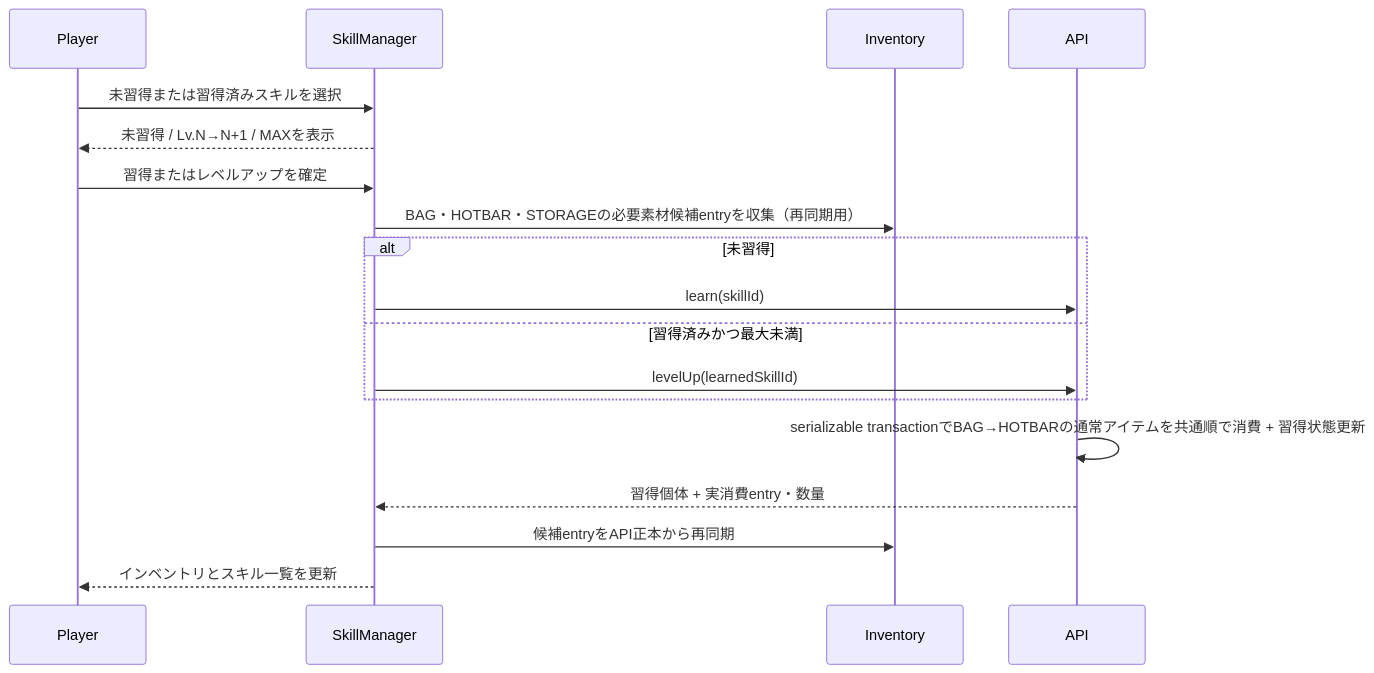
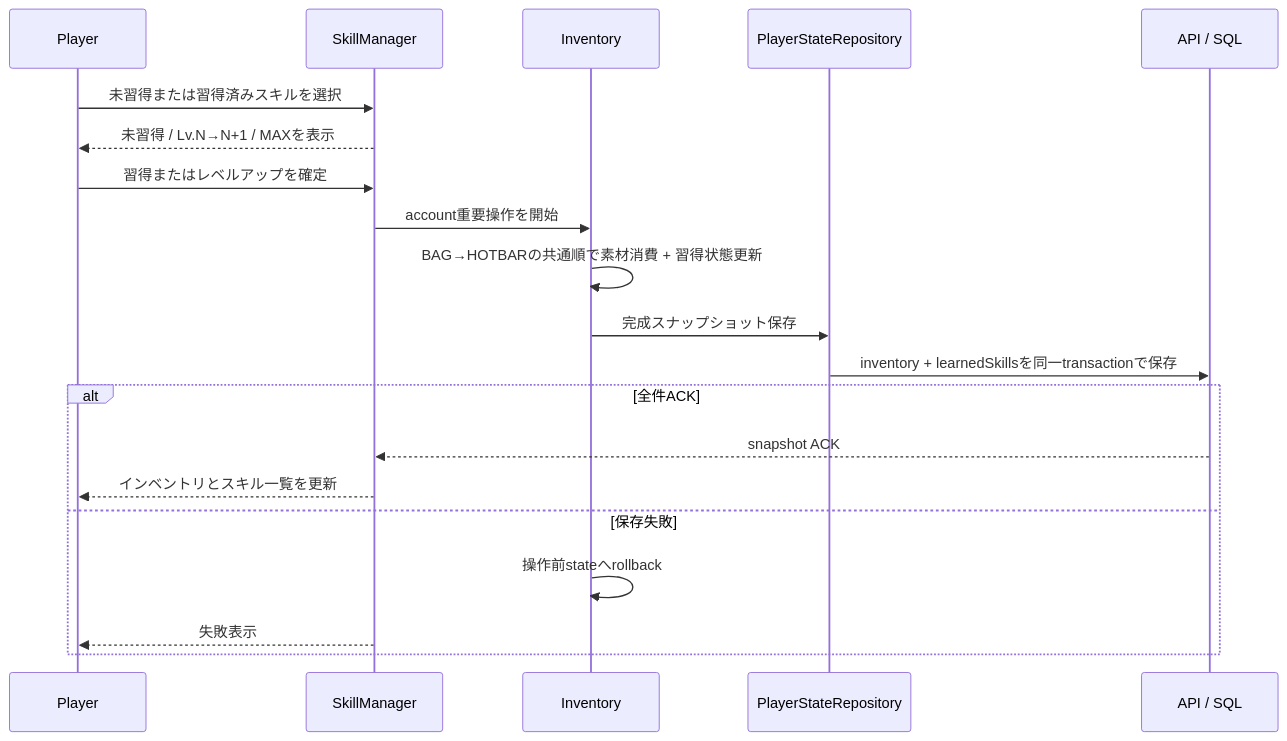
Before and after one commit to maaasu/AstralRecord-Workspace: the second of 3 diagrams in 00_docs/10_Plugin設計書/feature/13-skill/4-統合フロー/13_4-スキルバインドGUI.md, drawn with Mermaid. The commit also changed other lines of this file and 213 other files, not shown here.

````diff
--- a/00_docs/10_Plugin設計書/feature/13-skill/4-統合フロー/13_4-スキルバインドGUI.md
+++ b/00_docs/10_Plugin設計書/feature/13-skill/4-統合フロー/13_4-スキルバインドGUI.md
@@ -38,21 +38,23 @@
 ```mermaid
 sequenceDiagram
     participant Player
     participant SkillManager
     participant Inventory
-    participant API
+    participant Snapshot as PlayerStateRepository
+    participant SQL as API / SQL
 
     Player->>SkillManager: 未習得または習得済みスキルを選択
     SkillManager-->>Player: 未習得 / Lv.N→N+1 / MAXを表示
     Player->>SkillManager: 習得またはレベルアップを確定
-    SkillManager->>Inventory: BAG・HOTBAR・STORAGEの必要素材候補entryを収集（再同期用）
-    alt 未習得
-        SkillManager->>API: learn(skillId)
-    else 習得済みかつ最大未満
-        SkillManager->>API: levelUp(learnedSkillId)
+    SkillManager->>Inventory: account重要操作を開始
+    Inventory->>Inventory: BAG→HOTBARの共通順で素材消費 + 習得状態更新
+    Inventory->>Snapshot: 完成スナップショット保存
+    Snapshot->>SQL: inventory + learnedSkillsを同一transactionで保存
+    alt 全件ACK
+        SQL-->>SkillManager: snapshot ACK
+        SkillManager-->>Player: インベントリとスキル一覧を更新
+    else 保存失敗
+        Inventory->>Inventory: 操作前stateへrollback
+        SkillManager-->>Player: 失敗表示
     end
-    API->>API: serializable transactionでBAG→HOTBARの通常アイテムを共通順で消費 + 習得状態更新
-    API-->>SkillManager: 習得個体 + 実消費entry・数量
-    SkillManager->>Inventory: 候補entryをAPI正本から再同期
-    SkillManager-->>Player: インベントリとスキル一覧を更新
 ```
````
